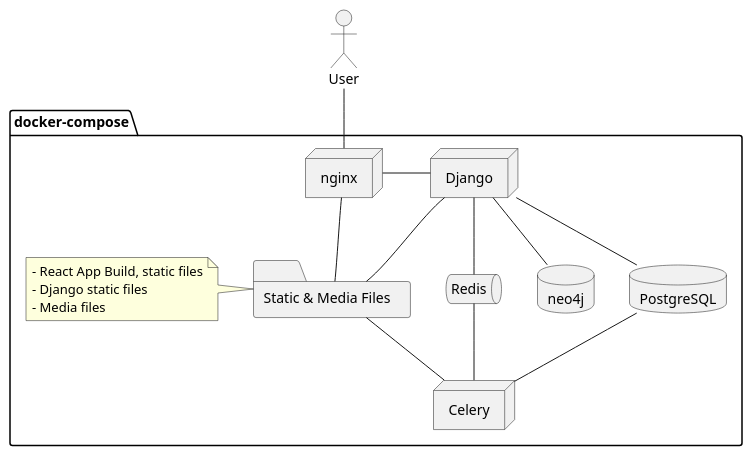
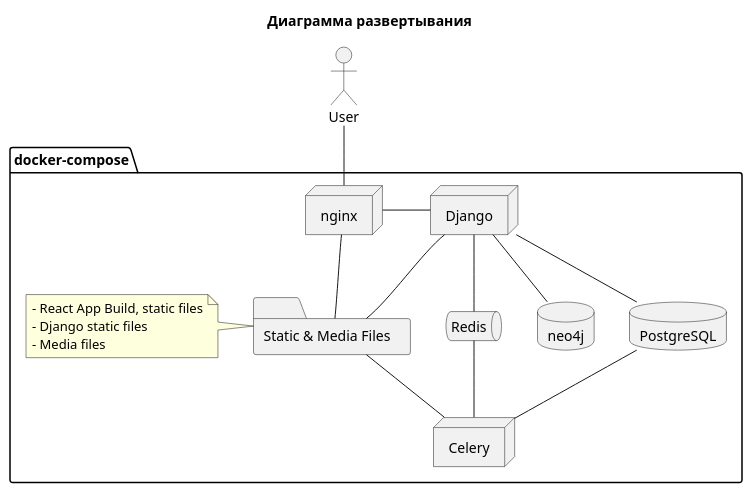
The diagram in docs/deployment.puml (Garpix/garpix-skills), drawn with PlantUML before and after one commit. The commit also changed 6 other files, not shown here.

```diff
--- a/docs/deployment.puml
+++ b/docs/deployment.puml
@@ -1,27 +1,29 @@
 @startuml
 'https://plantuml.com/deployment-diagram
+
+title Диаграмма развертывания
 
 actor User
 package "docker-compose" {
     database neo4j
     database PostgreSQL
     node nginx
     node Django
     node Celery
     queue Redis
     folder "Static & Media Files"
     note left of "Static & Media Files" : - React App Build, static files\n- Django static files\n- Media files
 }
 
 User -- nginx
 nginx - Django
 Django -- Redis
 Redis -- Celery
 Django -- PostgreSQL
 Django -- neo4j
 PostgreSQL -- Celery
 Django -- "Static & Media Files"
 "Static & Media Files" -- Celery
 nginx -- "Static & Media Files"
 
 @enduml
```
